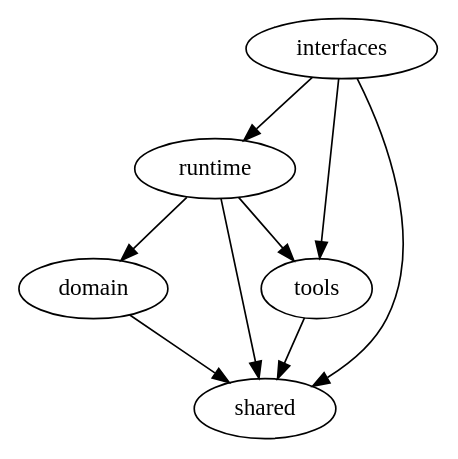
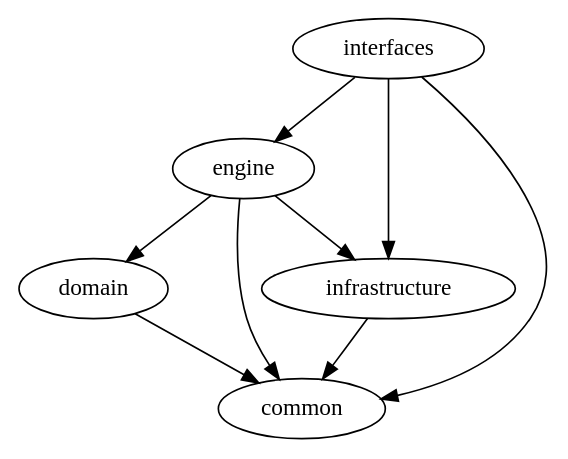
Before and after one commit to constatza/dlkit: the diagram in docs/architecture/diagrams/overview.dot, drawn with Graphviz. The commit also changed 556 other files, not shown here.

First line of the commit message:
refactor(arch): rename runtime/tools/shared to engine/infrastructure/common

```diff
--- a/docs/architecture/diagrams/overview.dot
+++ b/docs/architecture/diagrams/overview.dot
@@ -1,15 +1,15 @@
 digraph {
 "dlkit.domain" [label="domain"];
 "dlkit.interfaces" [label="interfaces"];
-"dlkit.runtime" [label="runtime"];
-"dlkit.shared" [label="shared"];
-"dlkit.tools" [label="tools"];
-"dlkit.domain" -> "dlkit.shared";
-"dlkit.interfaces" -> "dlkit.runtime";
-"dlkit.interfaces" -> "dlkit.shared";
-"dlkit.interfaces" -> "dlkit.tools";
-"dlkit.runtime" -> "dlkit.domain";
-"dlkit.runtime" -> "dlkit.shared";
-"dlkit.runtime" -> "dlkit.tools";
-"dlkit.tools" -> "dlkit.shared";
+"dlkit.engine" [label="engine"];
+"dlkit.common" [label="common"];
+"dlkit.infrastructure" [label="infrastructure"];
+"dlkit.domain" -> "dlkit.common";
+"dlkit.interfaces" -> "dlkit.engine";
+"dlkit.interfaces" -> "dlkit.common";
+"dlkit.interfaces" -> "dlkit.infrastructure";
+"dlkit.engine" -> "dlkit.domain";
+"dlkit.engine" -> "dlkit.common";
+"dlkit.engine" -> "dlkit.infrastructure";
+"dlkit.infrastructure" -> "dlkit.common";
 }
```
